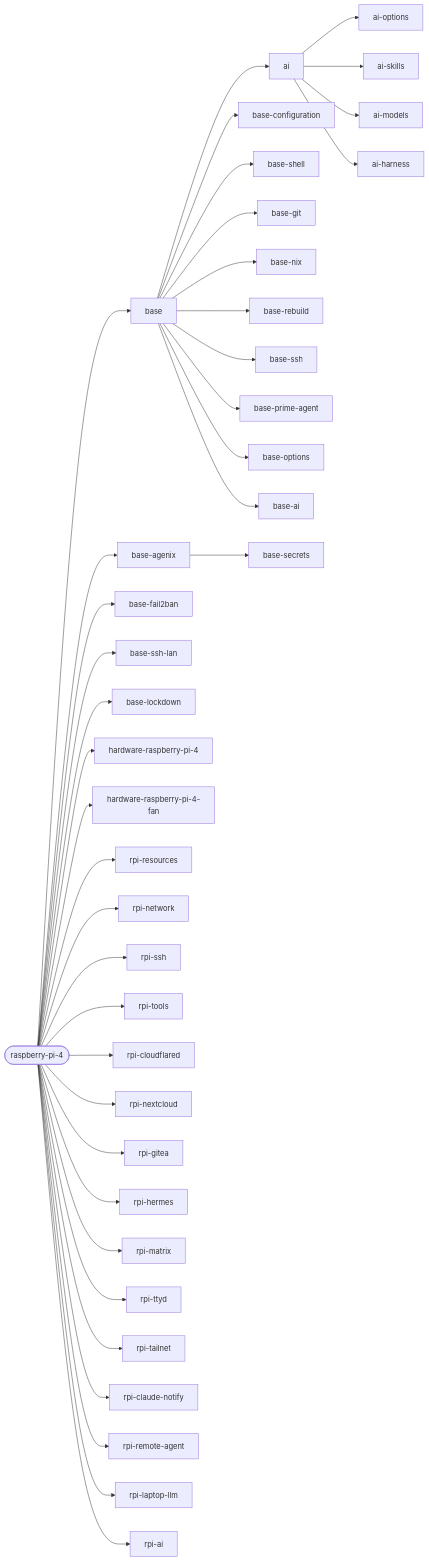
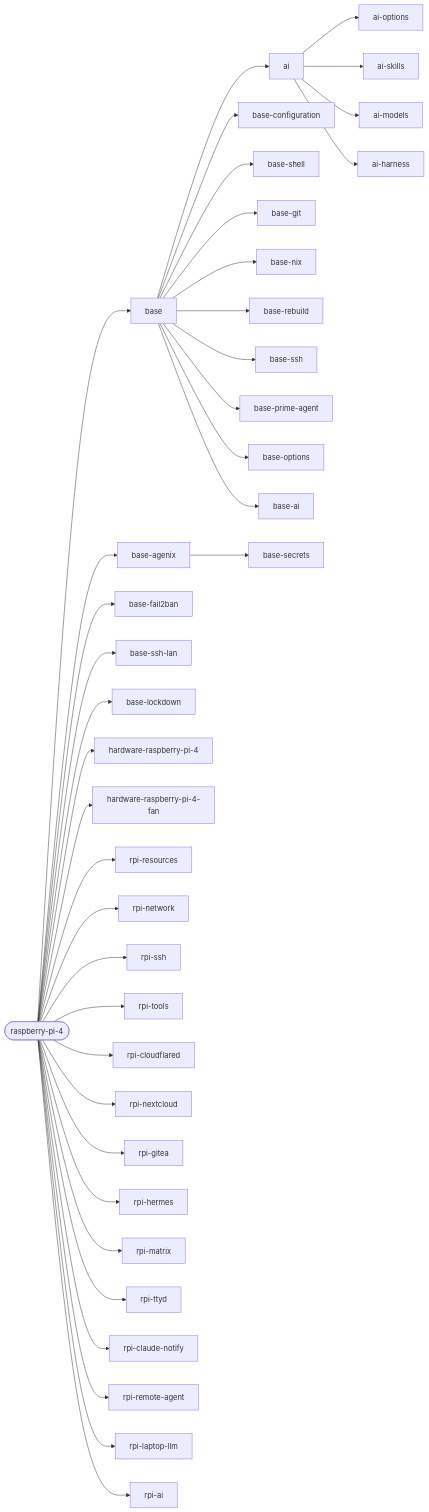
One commit to janusz-bit/nixos changed the second of 3 diagrams in docs/reference/hosts.md. Above: the diagram before and after it, drawn with Mermaid. The commit also changed other lines of this file and 13 other files, not shown here.

Commit message:
rpi: remove headscale/tailscale, publish nextcloud through the tunnel; nixos: ssh via rpi jump host

````diff
--- a/docs/reference/hosts.md
+++ b/docs/reference/hosts.md
@@ -136,41 +134,40 @@
 ```mermaid
 flowchart LR
   host_raspberry_pi_4([raspberry-pi-4])
   host_raspberry_pi_4 --> base[base]
   host_raspberry_pi_4 --> base_agenix[base-agenix]
   host_raspberry_pi_4 --> base_fail2ban[base-fail2ban]
   host_raspberry_pi_4 --> base_ssh_lan[base-ssh-lan]
   host_raspberry_pi_4 --> base_lockdown[base-lockdown]
   host_raspberry_pi_4 --> hardware_raspberry_pi_4[hardware-raspberry-pi-4]
   host_raspberry_pi_4 --> hardware_raspberry_pi_4_fan[hardware-raspberry-pi-4-fan]
   host_raspberry_pi_4 --> rpi_resources[rpi-resources]
   host_raspberry_pi_4 --> rpi_network[rpi-network]
   host_raspberry_pi_4 --> rpi_ssh[rpi-ssh]
   host_raspberry_pi_4 --> rpi_tools[rpi-tools]
   host_raspberry_pi_4 --> rpi_cloudflared[rpi-cloudflared]
   host_raspberry_pi_4 --> rpi_nextcloud[rpi-nextcloud]
   host_raspberry_pi_4 --> rpi_gitea[rpi-gitea]
   host_raspberry_pi_4 --> rpi_hermes[rpi-hermes]
   host_raspberry_pi_4 --> rpi_matrix[rpi-matrix]
   host_raspberry_pi_4 --> rpi_ttyd[rpi-ttyd]
-  host_raspberry_pi_4 --> rpi_tailnet[rpi-tailnet]
   host_raspberry_pi_4 --> rpi_claude_notify[rpi-claude-notify]
   host_raspberry_pi_4 --> rpi_remote_agent[rpi-remote-agent]
   host_raspberry_pi_4 --> rpi_laptop_llm[rpi-laptop-llm]
   host_raspberry_pi_4 --> rpi_ai[rpi-ai]
   ai --> ai_options[ai-options]
   ai --> ai_skills[ai-skills]
   ai --> ai_models[ai-models]
   ai --> ai_harness[ai-harness]
   base --> base_configuration[base-configuration]
   base --> base_shell[base-shell]
   base --> base_git[base-git]
   base --> base_nix[base-nix]
   base --> base_rebuild[base-rebuild]
   base --> base_ssh[base-ssh]
   base --> base_prime_agent[base-prime-agent]
   base --> base_options[base-options]
   base --> ai[ai]
   base --> base_ai[base-ai]
   base_agenix --> base_secrets[base-secrets]
 ```
````
